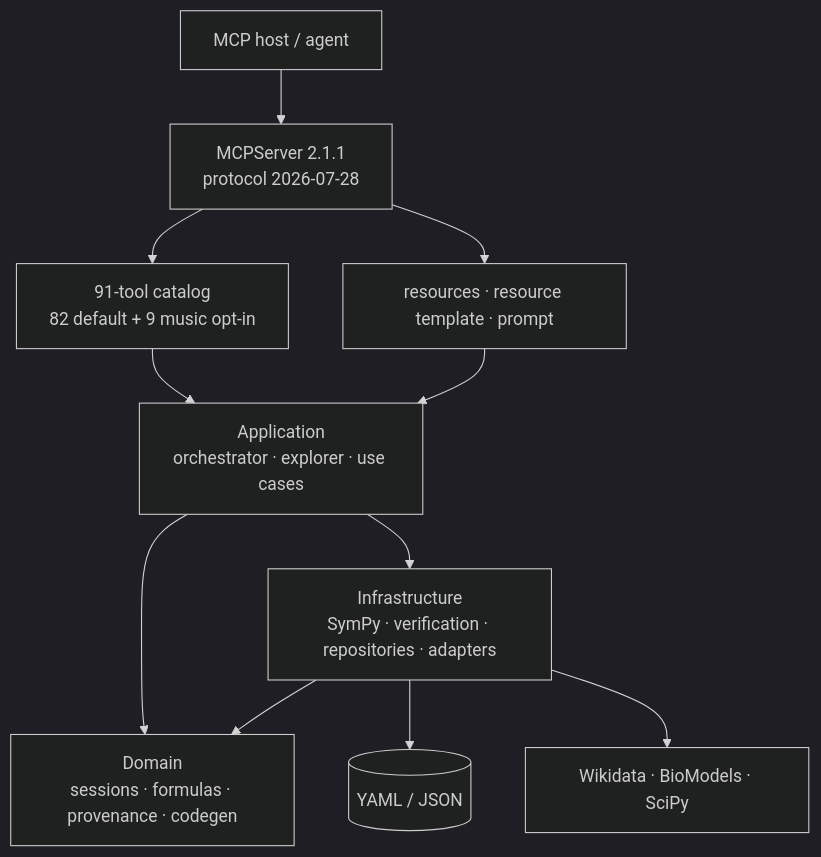
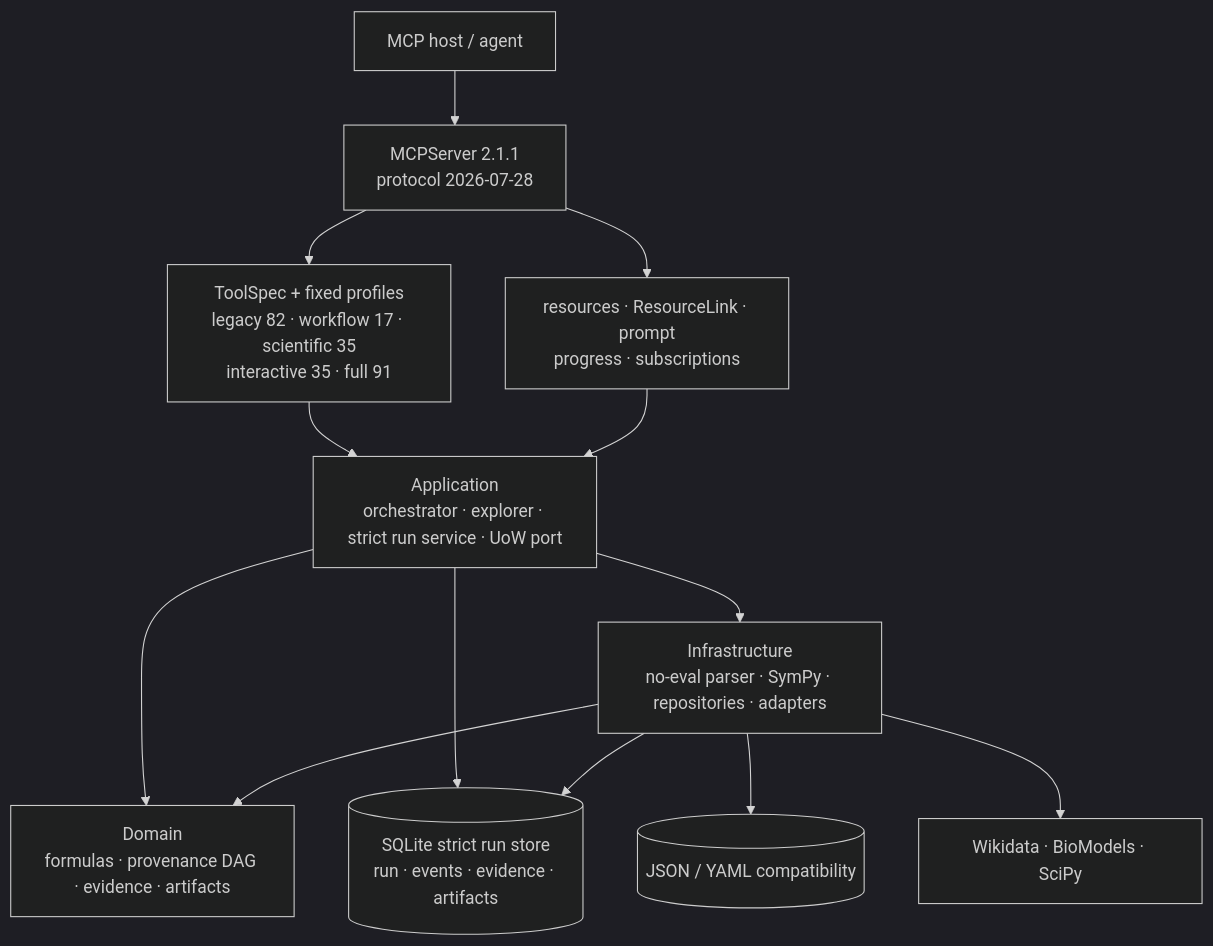
The first of 2 diagrams in ARCHITECTURE.md (u9401066/nsforge-mcp), drawn with Mermaid (dark theme) before and after one commit. The commit also changed other lines of this file and 22 other files, not shown here.

````diff
--- a/ARCHITECTURE.md
+++ b/ARCHITECTURE.md
@@ -9,23 +9,26 @@
 ```mermaid
 flowchart TB
     HOST["MCP host / agent"]
     MCP["MCPServer 2.1.1<br/>protocol 2026-07-28"]
-    CONTRACT["91-tool catalog<br/>82 default + 9 music opt-in"]
-    PRIMITIVES["resources · resource template · prompt"]
-    APP["Application<br/>orchestrator · explorer · use cases"]
-    DOMAIN["Domain<br/>sessions · formulas · provenance · codegen"]
-    INFRA["Infrastructure<br/>SymPy · verification · repositories · adapters"]
-    STORE[("YAML / JSON")]
+    CONTRACT["ToolSpec + fixed profiles<br/>legacy 82 · workflow 17 · scientific 35<br/>interactive 35 · full 91"]
+    PRIMITIVES["resources · ResourceLink · prompt<br/>progress · subscriptions"]
+    APP["Application<br/>orchestrator · explorer · strict run service · UoW port"]
+    DOMAIN["Domain<br/>formulas · provenance DAG · evidence · artifacts"]
+    INFRA["Infrastructure<br/>no-eval parser · SymPy · repositories · adapters"]
+    STRICT[("SQLite strict run store<br/>run · events · evidence · artifacts")]
+    LEGACY[("JSON / YAML compatibility")]
     SOURCES["Wikidata · BioModels · SciPy"]
 
     HOST --> MCP
     MCP --> CONTRACT
     MCP --> PRIMITIVES
     CONTRACT --> APP
     PRIMITIVES --> APP
     APP --> DOMAIN
     APP --> INFRA
     INFRA --> DOMAIN
-    INFRA --> STORE
+    APP --> STRICT
+    INFRA --> STRICT
+    INFRA --> LEGACY
     INFRA --> SOURCES
 ```
````
